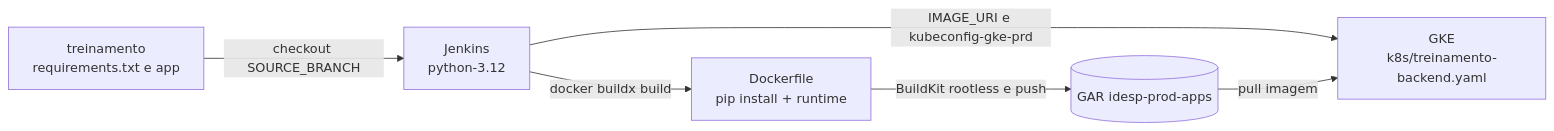
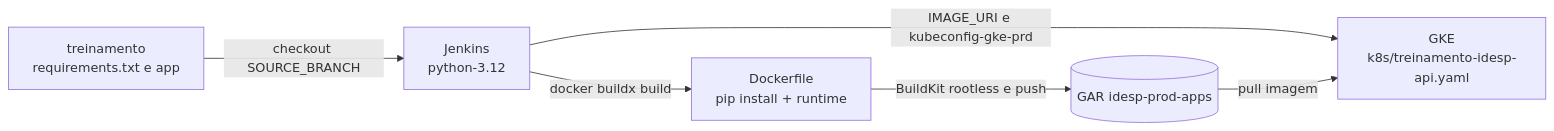
One commit to ge21gt-repo/treinamento changed the diagram in README.md. Above: the diagram before and after it, drawn with Mermaid. The commit also changed other lines of this file and 4 other files, not shown here.

First line of the commit message:
refactor(deploy): include full source and standardize treinamento-idesp-api

````diff
--- a/README.md
+++ b/README.md
@@ -36,8 +36,8 @@
 ```mermaid
 flowchart LR
     R[treinamento<br/>requirements.txt e app] -->|checkout SOURCE_BRANCH| J[Jenkins<br/>python-3.12]
     J -->|docker buildx build| D[Dockerfile<br/>pip install + runtime]
     D -->|BuildKit rootless e push| G[(GAR idesp-prod-apps)]
-    J -->|IMAGE_URI e kubeconfig-gke-prd| K[GKE<br/>k8s/treinamento-backend.yaml]
+    J -->|IMAGE_URI e kubeconfig-gke-prd| K[GKE<br/>k8s/treinamento-idesp-api.yaml]
     G -->|pull imagem| K
 ```
````
